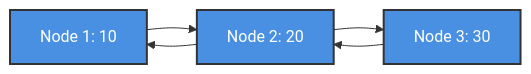
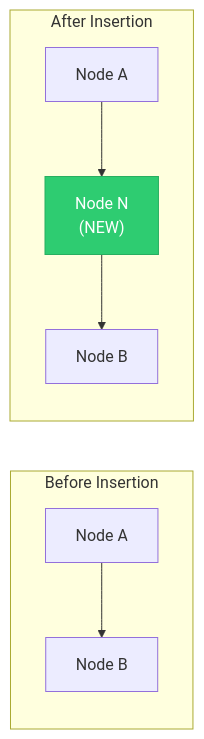
One commit to M-F-Tushar/CSE-2101-Data-Structure changed diagram 12 of 27 in Chapter 5 - Linked Lists/README.md. Above: the diagram before and after it, drawn with Mermaid. The commit also changed other lines of this file, not shown here.

````diff
--- a/Chapter 5 - Linked Lists/README.md
+++ b/Chapter 5 - Linked Lists/README.md
@@ -853,11 +476,13 @@
 ```mermaid
 graph LR
-    A["Node 1: 10"] --> B["Node 2: 20"]
-    B --> A
-    B --> C["Node 3: 30"]
-    C --> B
+    subgraph "Before Insertion"
+        A1["Node A"] --> B1["Node B"]
+    end
     
-    style A fill:#4A90E2,stroke:#333,stroke-width:2px,color:#fff
-    style B fill:#4A90E2,stroke:#333,stroke-width:2px,color:#fff
-    style C fill:#4A90E2,stroke:#333,stroke-width:2px,color:#fff
+    subgraph "After Insertion"
+        A2["Node A"] --> N["Node N<br/>(NEW)"]
+        N --> B2["Node B"]
+    end
+    
+    style N fill:#2ecc71,stroke:#27ae60,color:#fff
 ```
````
